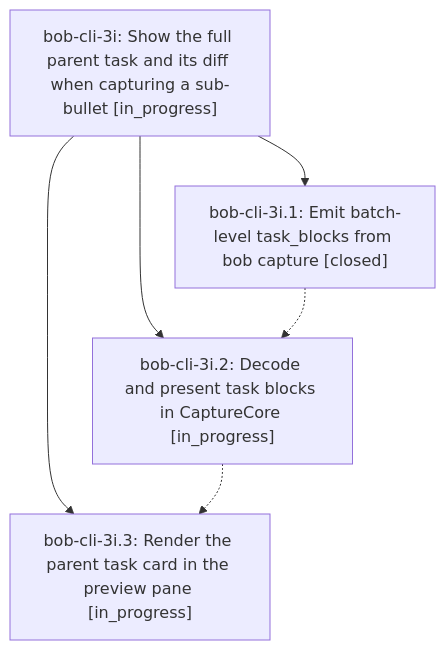
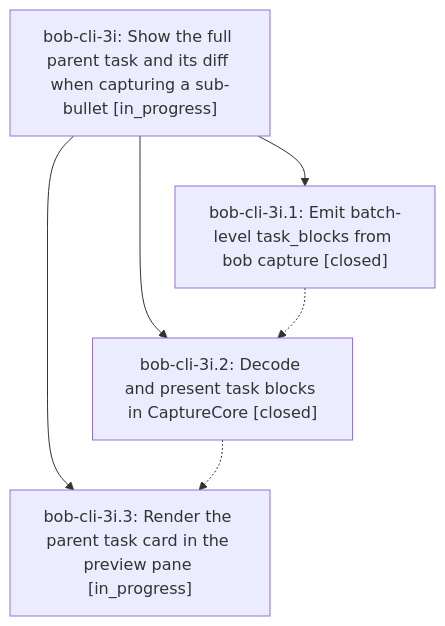
One commit to bobs-org/bob-cli--beads changed the diagram in pages/bob-cli-3i/README.md. Above: the diagram before and after it, drawn with Mermaid. The commit also changed other lines of this file and 3 other files, not shown here.

First line of the commit message:
chore(beads): sync bead state and pages for bob-cli-3i

````diff
--- a/pages/bob-cli-3i/README.md
+++ b/pages/bob-cli-3i/README.md
@@ -24,12 +24,12 @@
 ```mermaid
 flowchart TD
     n0["bob-cli-3i: Show the full parent task and its diff when capturing a sub-bullet [in_progress]"]
     n1["bob-cli-3i.1: Emit batch-level task_blocks from bob capture [closed]"]
-    n2["bob-cli-3i.2: Decode and present task blocks in CaptureCore [in_progress]"]
+    n2["bob-cli-3i.2: Decode and present task blocks in CaptureCore [closed]"]
     n3["bob-cli-3i.3: Render the parent task card in the preview pane [in_progress]"]
     n0 --> n1
     n0 --> n2
     n0 --> n3
     n1 -.-> n2
     n2 -.-> n3
 ```
````
